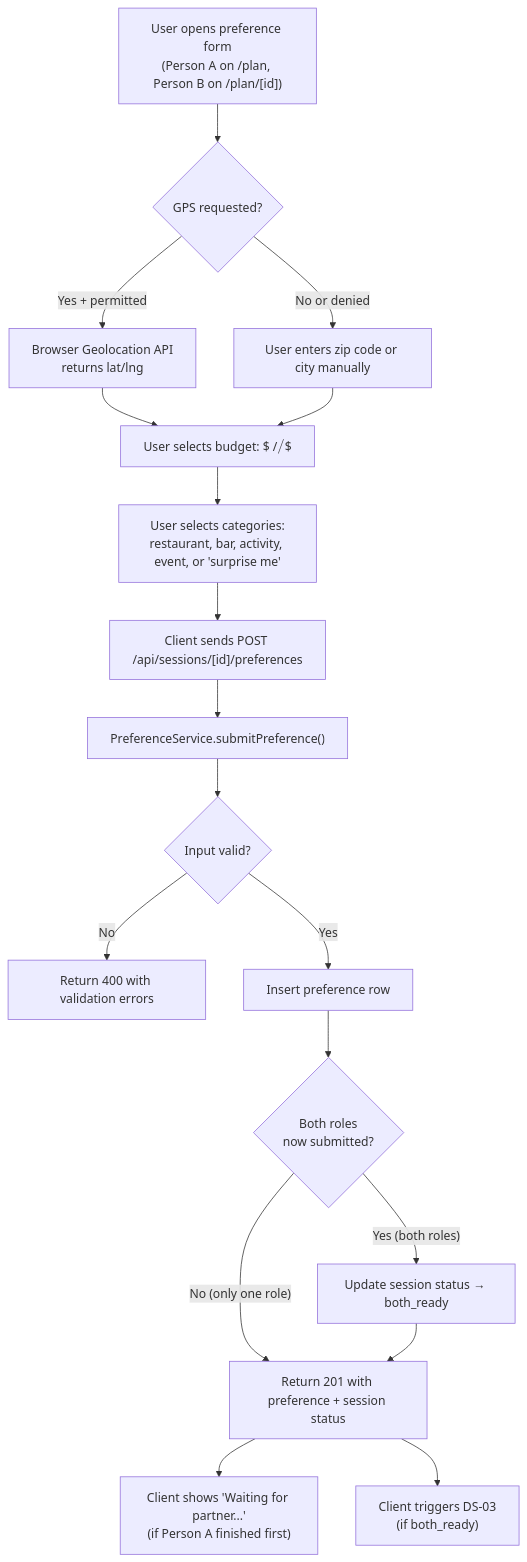
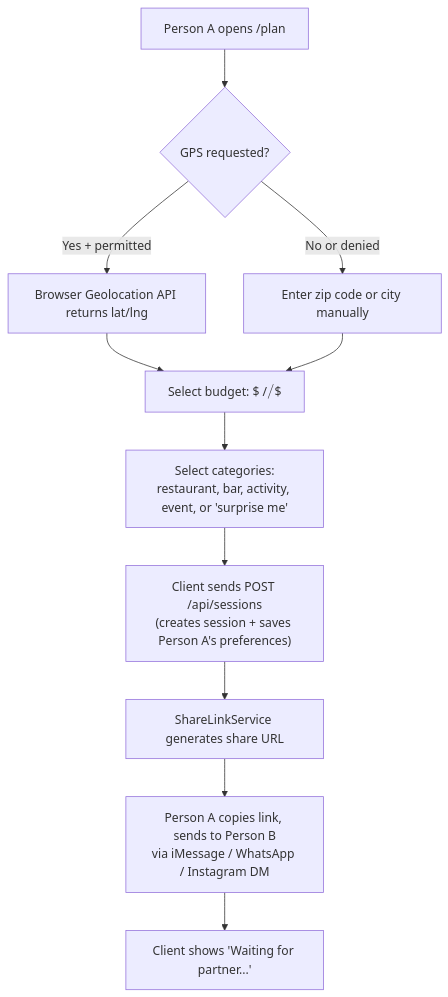
One commit to Aiden-Barrera/dateflow changed the fourth of 5 diagrams in docs/dev-specs/ds-02-preference-input.md. Above: the diagram before and after it, drawn with Mermaid. The commit also changed other lines of this file and 7 other files, not shown here.

````diff
--- a/docs/dev-specs/ds-02-preference-input.md
+++ b/docs/dev-specs/ds-02-preference-input.md
@@ -152,37 +178,13 @@
 ```mermaid
 flowchart TD
-    A["User opens preference form<br/>(Person A on /plan, Person B on /plan/[id])"]
-    B{"GPS requested?"}
-    C["Browser Geolocation API<br/>returns lat/lng"]
-    D["User enters zip code or city manually"]
-    E["User selects budget: $ / $$ / $$$"]
-    F["User selects categories:<br/>restaurant, bar, activity, event, or 'surprise me'"]
-    G["Client sends POST /api/sessions/[id]/preferences"]
-    H["PreferenceService.submitPreference()"]
-    I{"Input valid?"}
-    J["Return 400 with validation errors"]
-    K["Insert preference row"]
-    L{"Both roles<br/>now submitted?"}
-    M["Update session status → both_ready"]
-    N["Return 201 with preference + session status"]
-    O["Client shows 'Waiting for partner...'<br/>(if Person A finished first)"]
-    P["Client triggers DS-03<br/>(if both_ready)"]
-
-    A --> B
-    B -- "Yes + permitted" --> C
-    B -- "No or denied" --> D
-    C --> E
-    D --> E
-    E --> F
-    F --> G
-    G --> H
-    H --> I
-    I -- "No" --> J
-    I -- "Yes" --> K
-    K --> L
-    L -- "No (only one role)" --> N
-    L -- "Yes (both roles)" --> M
-    M --> N
-    N --> O
-    N --> P
+    A1["Person A opens /plan"] --> A2{"GPS requested?"}
+    A2 -- "Yes + permitted" --> A3["Browser Geolocation API returns lat/lng"]
+    A2 -- "No or denied" --> A4["Enter zip code or city manually"]
+    A3 --> A5["Select budget: $ / $$ / $$$"]
+    A4 --> A5
+    A5 --> A6["Select categories:<br/>restaurant, bar, activity, event, or 'surprise me'"]
+    A6 --> A7["Client sends POST /api/sessions<br/>(creates session + saves Person A's preferences)"]
+    A7 --> A8["ShareLinkService generates share URL"]
+    A8 --> A9["Person A copies link, sends to Person B<br/>via iMessage / WhatsApp / Instagram DM"]
+    A9 --> A10["Client shows 'Waiting for partner...'"]
 ```
````
